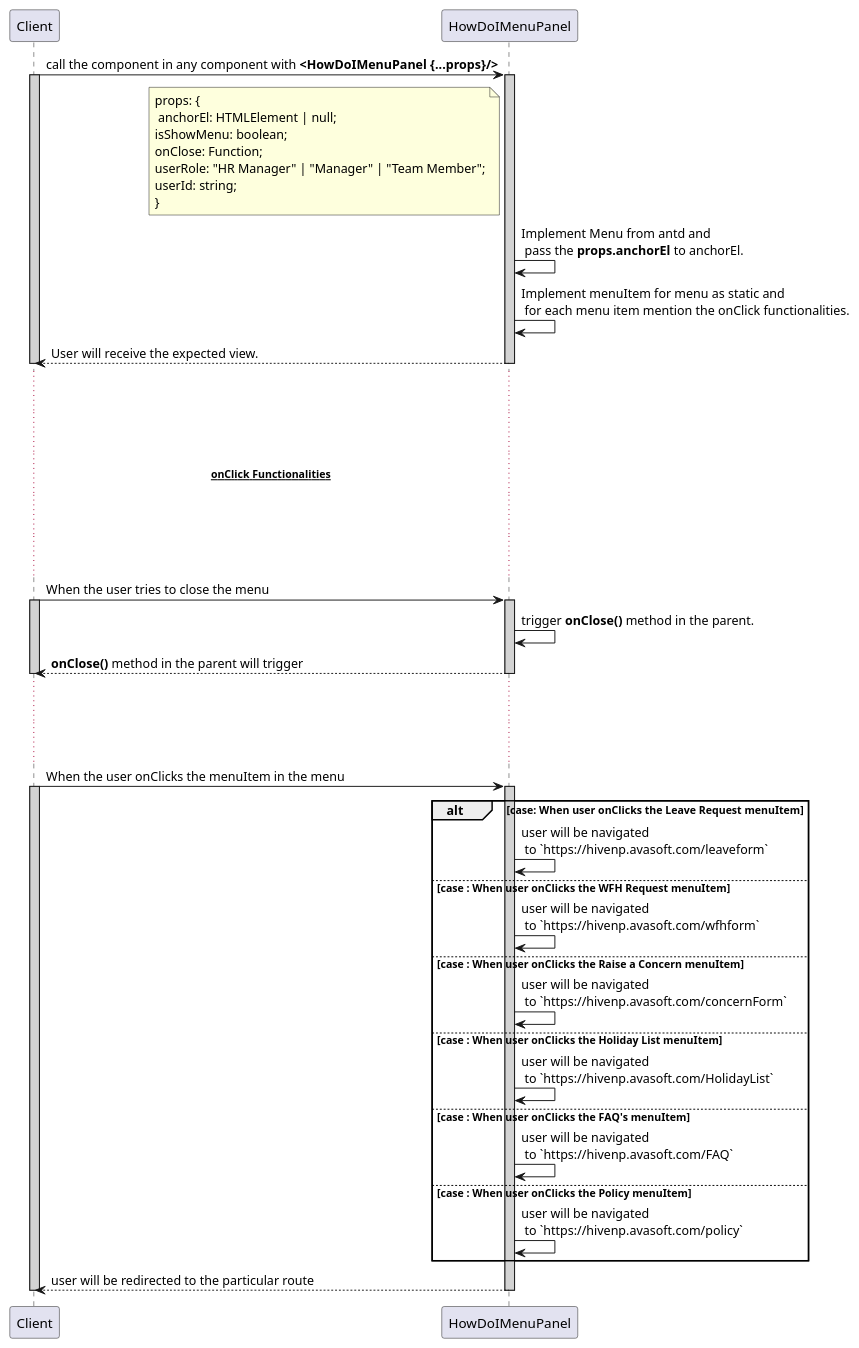
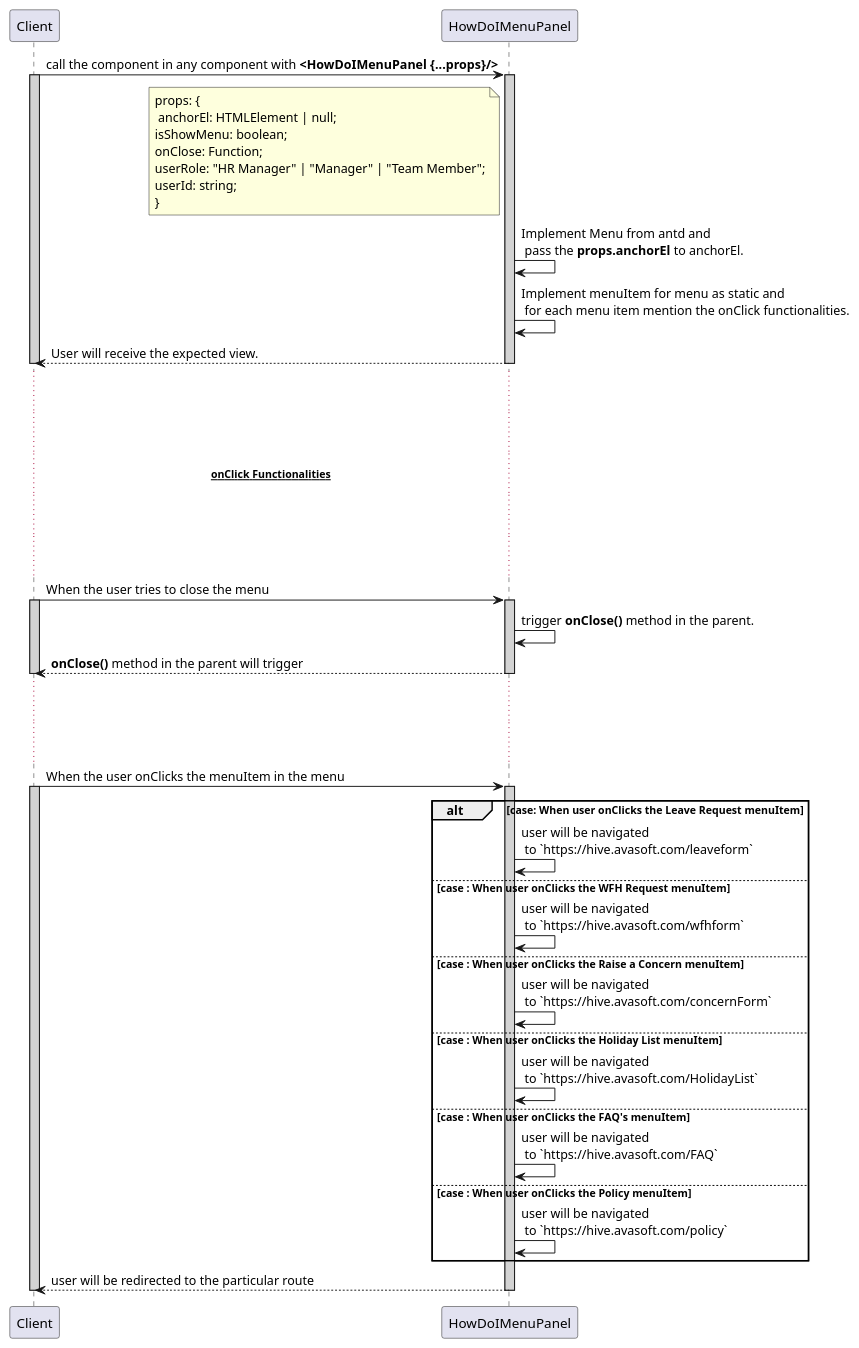
Before and after one commit to avasoft-mobility/workday-design: the diagram in frontend/components/how_do_i_menu_panel/how_do_i_menu_panel.sequence.puml, drawn with PlantUML. The commit also changed 3 other files, not shown here.

```diff
--- a/frontend/components/how_do_i_menu_panel/how_do_i_menu_panel.sequence.puml
+++ b/frontend/components/how_do_i_menu_panel/how_do_i_menu_panel.sequence.puml
@@ -1,53 +1,53 @@
 @startuml HowDoIMenuPanel
 participant Client
 participant HowDoIMenuPanel
 
 Client -> HowDoIMenuPanel : call the component in any component with **<HowDoIMenuPanel {...props}/>**
 activate Client #D3D3D3
     activate HowDoIMenuPanel #D3D3D3
         note left of HowDoIMenuPanel : props: {\n anchorEl: HTMLElement | null;\nisShowMenu: boolean;\nonClose: Function;\nuserRole: "HR Manager" | "Manager" | "Team Member";\nuserId: string; \n}
         HowDoIMenuPanel -> HowDoIMenuPanel : Implement Menu from antd and\n pass the **props.anchorEl** to anchorEl.
         HowDoIMenuPanel -> HowDoIMenuPanel : Implement menuItem for menu as static and\n for each menu item mention the onClick functionalities.
         Client <-- HowDoIMenuPanel : User will receive the expected view.
     deactivate HowDoIMenuPanel
 deactivate Client
 
 ... ...
 ... ...
 ...~~**onClick Functionalities**~~ ...
 ... ...
 ... ...
 
 Client -> HowDoIMenuPanel : When the user tries to close the menu 
 activate Client #D3D3D3
     activate HowDoIMenuPanel #D3D3D3
         HowDoIMenuPanel -> HowDoIMenuPanel : trigger **onClose()** method in the parent.
         Client <-- HowDoIMenuPanel : **onClose()** method in the parent will trigger
     deactivate HowDoIMenuPanel
 deactivate Client
 
 ... ...
 ... ...
 
 
 Client -> HowDoIMenuPanel : When the user onClicks the menuItem in the menu 
 activate Client #D3D3D3
     activate HowDoIMenuPanel #D3D3D3
         alt case: When user onClicks the **Leave Request** menuItem
-            HowDoIMenuPanel -> HowDoIMenuPanel : user will be navigated\n to `https://hivenp.avasoft.com/leaveform`
+            HowDoIMenuPanel -> HowDoIMenuPanel : user will be navigated\n to `https://hive.avasoft.com/leaveform`
         else case : When user onClicks the **WFH Request** menuItem
-            HowDoIMenuPanel -> HowDoIMenuPanel : user will be navigated\n to `https://hivenp.avasoft.com/wfhform`
+            HowDoIMenuPanel -> HowDoIMenuPanel : user will be navigated\n to `https://hive.avasoft.com/wfhform`
         else case : When user onClicks the **Raise a Concern** menuItem
-            HowDoIMenuPanel -> HowDoIMenuPanel : user will be navigated\n to `https://hivenp.avasoft.com/concernForm`
+            HowDoIMenuPanel -> HowDoIMenuPanel : user will be navigated\n to `https://hive.avasoft.com/concernForm`
         else case : When user onClicks the **Holiday List** menuItem
-            HowDoIMenuPanel -> HowDoIMenuPanel : user will be navigated\n to `https://hivenp.avasoft.com/HolidayList`
+            HowDoIMenuPanel -> HowDoIMenuPanel : user will be navigated\n to `https://hive.avasoft.com/HolidayList`
         else case : When user onClicks the **FAQ's** menuItem
-            HowDoIMenuPanel -> HowDoIMenuPanel : user will be navigated\n to `https://hivenp.avasoft.com/FAQ`
+            HowDoIMenuPanel -> HowDoIMenuPanel : user will be navigated\n to `https://hive.avasoft.com/FAQ`
         else case : When user onClicks the **Policy** menuItem
-            HowDoIMenuPanel -> HowDoIMenuPanel : user will be navigated\n to `https://hivenp.avasoft.com/policy`
+            HowDoIMenuPanel -> HowDoIMenuPanel : user will be navigated\n to `https://hive.avasoft.com/policy`
         end
         Client <-- HowDoIMenuPanel : user will be redirected to the particular route
     deactivate HowDoIMenuPanel
 deactivate Client
 
 @enduml
```
